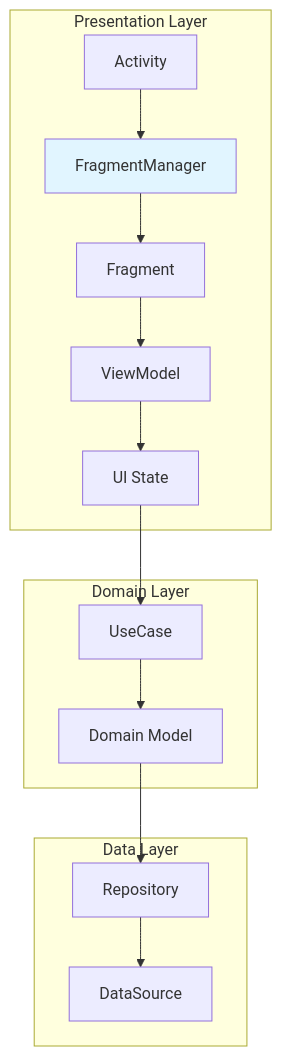
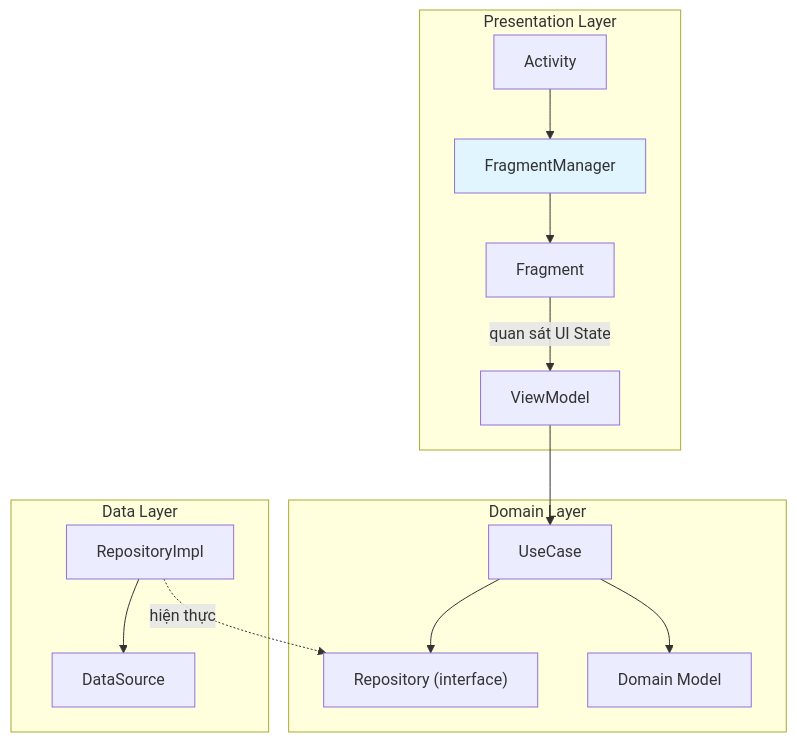
The fifth of 6 diagrams in knowledge/android/docs/session_04/components/fragment/fragment_manager.md (h1eu/knowledge), drawn with Mermaid before and after one commit. The commit also changed other lines of this file and 5 other files, not shown here.

First line of the commit message:
docs(android): fix Clean Architecture dependency direction in S04/S05 diagrams

````diff
--- a/knowledge/android/docs/session_04/components/fragment/fragment_manager.md
+++ b/knowledge/android/docs/session_04/components/fragment/fragment_manager.md
@@ -511,21 +511,27 @@
 ```mermaid
 graph TB
-    subgraph Presentation Layer
+    subgraph Presentation["Presentation Layer"]
         A[Activity] --> B[FragmentManager]
         B --> C[Fragment]
-        C --> D[ViewModel]
-        D --> E[UI State]
+        C -->|"quan sát UI State"| D[ViewModel]
     end
-    
-    subgraph Domain Layer
-        E --> F[UseCase]
-        F --> G[Domain Model]
+
+    subgraph Domain["Domain Layer"]
+        F[UseCase]
+        R["Repository (interface)"]
+        G[Domain Model]
+        F --> R
+        F --> G
     end
-    
-    subgraph Data Layer
-        G --> H[Repository]
-        H --> I[DataSource]
+
+    subgraph Data["Data Layer"]
+        H[RepositoryImpl]
+        I[DataSource]
+        H --> I
     end
-    
+
+    D --> F
+    H -.->|"hiện thực"| R
+
     style B fill:#e1f5ff
 ```
````
